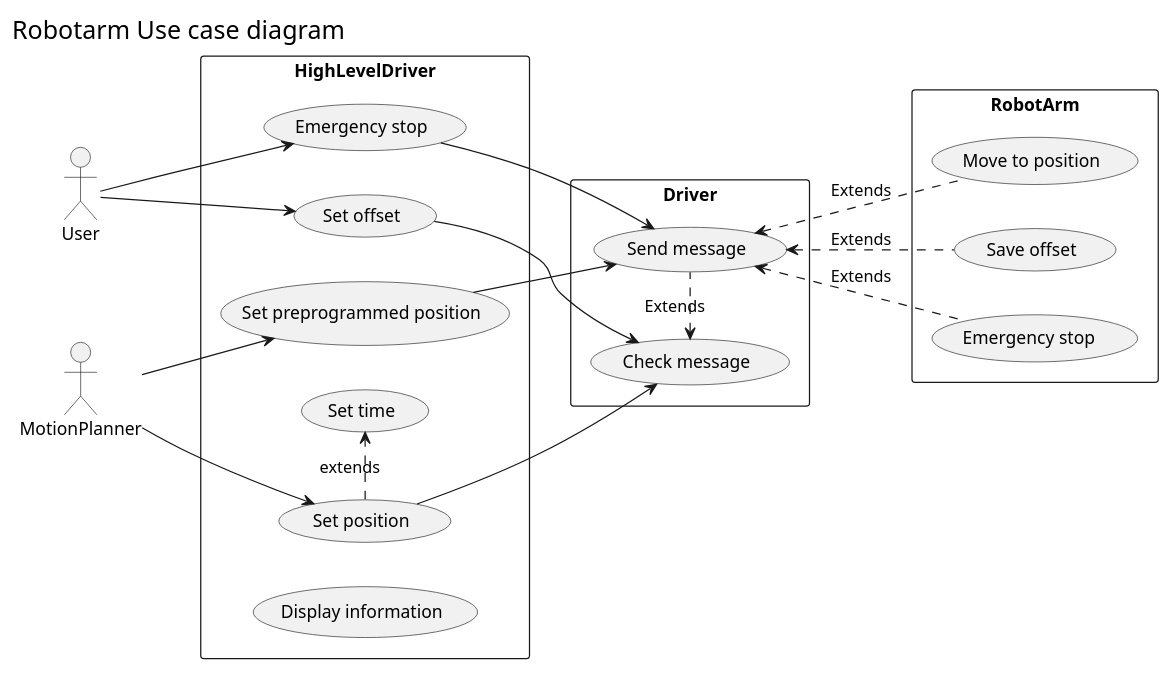
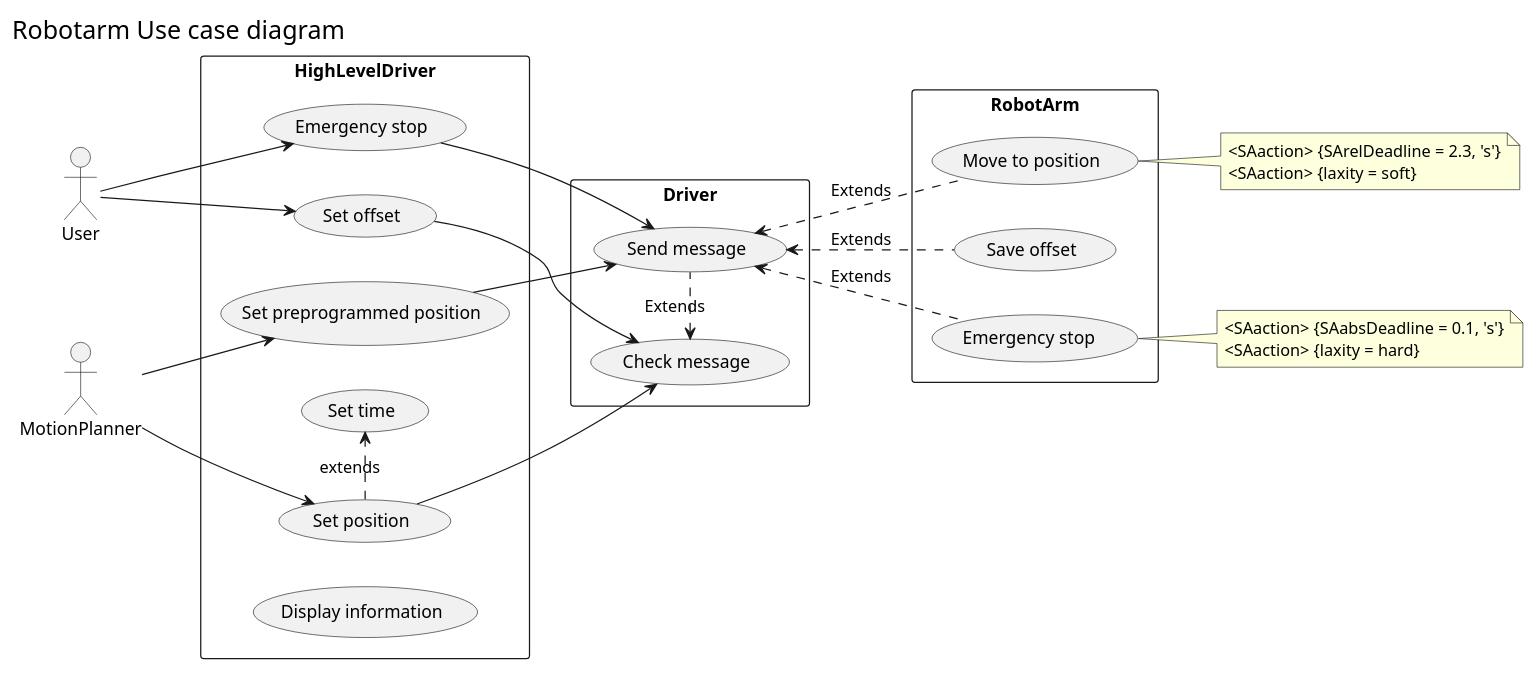
The diagram in documentation/usecaseDiagramSubsystems.plantuml (JochemGrootherder1/WorWorld), drawn with PlantUML before and after one commit.

Commit message:
QoS added

```diff
--- a/documentation/usecaseDiagramSubsystems.plantuml
+++ b/documentation/usecaseDiagramSubsystems.plantuml
@@ -1,42 +1,51 @@
 @startuml useCaseDiagram
 left header
 <font size=20 color=black>Robotarm Use case diagram </font>
 endheader
 left to right direction
 
 Actor User
 Actor MotionPlanner
 
 rectangle Driver{
     (Check message) <. (Send message) : Extends
 }
 
 rectangle HighLevelDriver{
     (Set position) .> (Set time) : extends
     (Set preprogrammed position)
     (Emergency stop)
     (Set offset)
     (Display information)
 }
 
 rectangle RobotArm{
     (Move to position)
     (Save offset)
     (Emergency stop )
 }
 
 User --> (Set offset)
 User --> (Emergency stop)
 MotionPlanner --> (Set preprogrammed position)
 MotionPlanner --> (Set position)
 
 
 (Emergency stop) --> (Send message)
 (Set position) --> (Check message)
 (Set preprogrammed position) --> (Send message)
 (Set offset) --> (Check message)
 
 (Send message) <.. (Move to position) : Extends
 (Send message) <.. (Save offset) : Extends
 (Send message) <.. (Emergency stop ) : Extends
+note right of (Move to position){
+    <SAaction> {SArelDeadline = 2.3, 's'}
+    <SAaction> {laxity = soft}
+}
+
+note right of (Emergency stop ){
+    <SAaction> {SAabsDeadline = 0.1, 's'}
+    <SAaction> {laxity = hard}
+}
 @enduml
```
